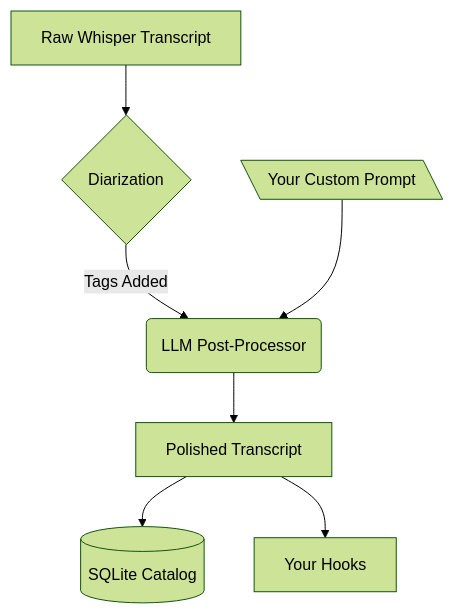
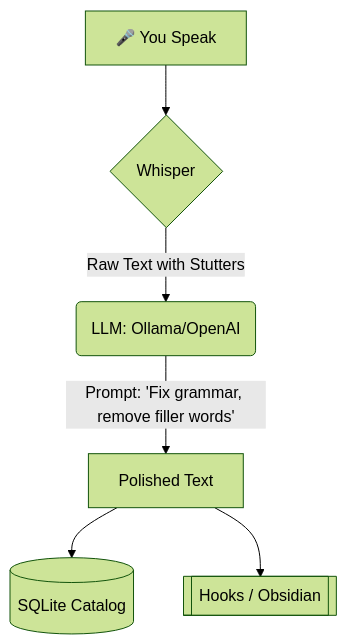
One commit to namefailed/phoneme changed the diagram in docs/user-guide/smart_cleanup.md. Above: the diagram before and after it, drawn with Mermaid (forest theme). The commit also changed other lines of this file and 2 other files, not shown here.

Commit message:
docs: fix smart_cleanup.md and add mermaid diagram to meeting_mode.md

````diff
--- a/docs/user-guide/smart_cleanup.md
+++ b/docs/user-guide/smart_cleanup.md
@@ -11,9 +11,8 @@
 ```mermaid
 flowchart TD
-    A[Raw Whisper Transcript] --> D{Diarization}
-    D --> |Tags Added| B(LLM Post-Processor)
-    P[\Your Custom Prompt\] --> B
-    B --> C[Polished Transcript]
-    C --> DB[(SQLite Catalog)]
-    C --> E[Your Hooks]
+    A[🎤 You Speak] --> B{Whisper}
+    B -->|Raw Text with Stutters| C(LLM: Ollama/OpenAI)
+    C -->|Prompt: 'Fix grammar, remove filler words'| D[Polished Text]
+    D --> E[(SQLite Catalog)]
+    D --> F[[Hooks / Obsidian]]
 ```
````
